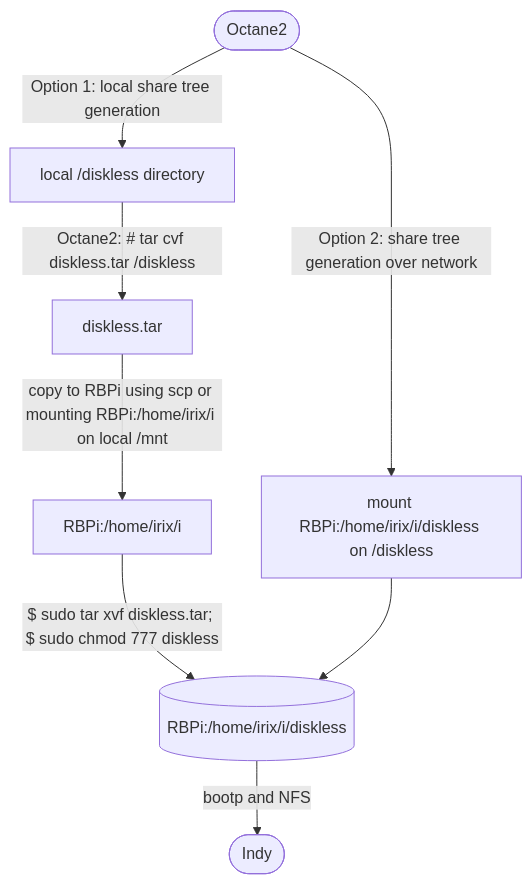
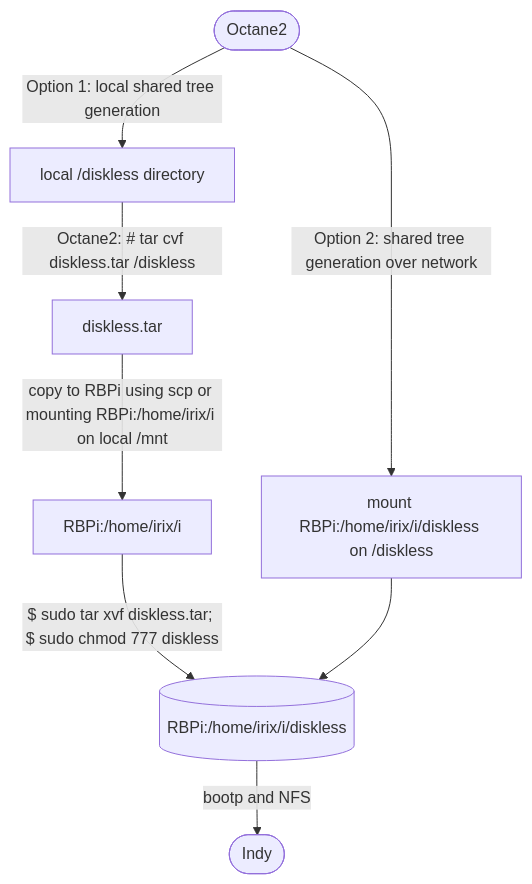
The first of 3 diagrams in README.md (Linux-RISC/IRIX-diskless-workstation), drawn with Mermaid before and after one commit. The commit also changed other lines of this file, not shown here.

````diff
--- a/README.md
+++ b/README.md
@@ -28,7 +28,7 @@
 ```mermaid
 graph TD;
-    Octane2([Octane2])--Option 1: local share tree generation-->local_diskless[local /diskless directory]--Octane2: # tar cvf diskless.tar /diskless-->diskless.tar;
+    Octane2([Octane2])--Option 1: local shared tree generation-->local_diskless[local /diskless directory]--Octane2: # tar cvf diskless.tar /diskless-->diskless.tar;
     diskless.tar--copy to RBPi using scp or mounting RBPi:/home/irix/i on local /mnt-->RBPi:/home/irix/i--"$ sudo tar xvf diskless.tar; $ sudo chmod 777 diskless"-->RBPi[(RBPi:/home/irix/i/diskless)];
-   Octane2([Octane2])--Option 2: share tree generation over network-->mount_RBPi[mount RBPi:/home/irix/i/diskless on /diskless]-->RBPi[(RBPi:/home/irix/i/diskless)];
+   Octane2([Octane2])--Option 2: shared tree generation over network-->mount_RBPi[mount RBPi:/home/irix/i/diskless on /diskless]-->RBPi[(RBPi:/home/irix/i/diskless)];
    RBPi[(RBPi:/home/irix/i/diskless)]--bootp and NFS-->Indy([Indy]);
 ```
````
